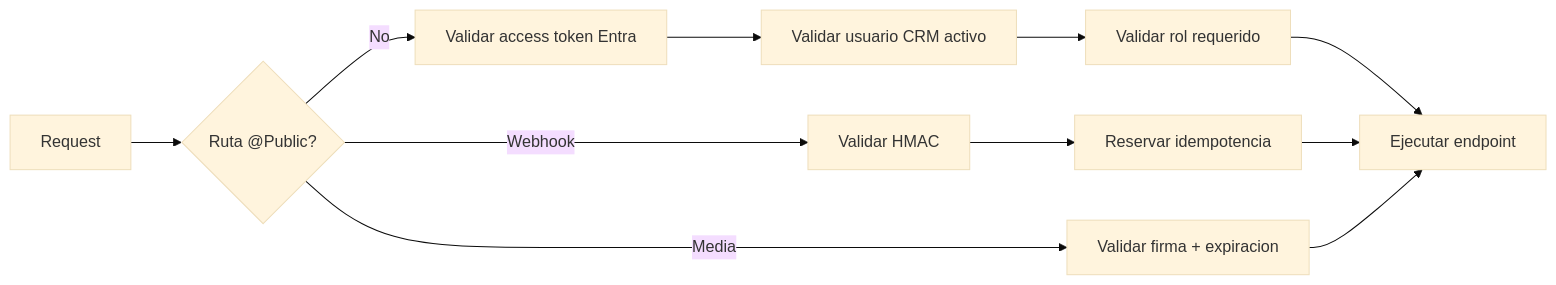
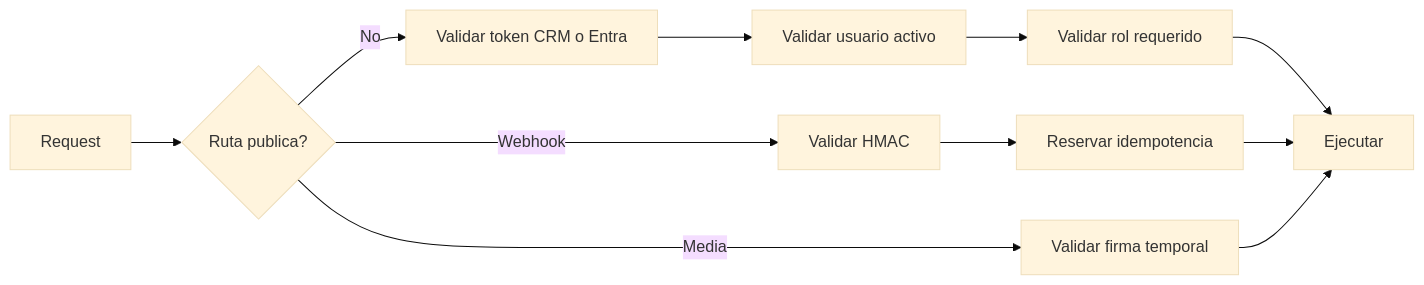
Before and after one commit to roccacr/CRM_VENTAS: the third of 9 diagrams in README.md, drawn with Mermaid (base theme). The commit also changed other lines of this file and 19 other files, not shown here.

````diff
--- a/README.md
+++ b/README.md
@@ -376,13 +219,13 @@
 ```mermaid
 flowchart LR
-  R["Request"] --> P{"Ruta @Public?"}
-  P -- "No" --> T["Validar access token Entra"]
-  T --> C["Validar usuario CRM activo"]
-  C --> RO["Validar rol requerido"]
-  RO --> OK["Ejecutar endpoint"]
+  R["Request"] --> P{"Ruta publica?"}
+  P -- "No" --> A["Validar token CRM o Entra"]
+  A --> U["Validar usuario activo"]
+  U --> ROLE["Validar rol requerido"]
+  ROLE --> OK["Ejecutar"]
   P -- "Webhook" --> H["Validar HMAC"]
   H --> I["Reservar idempotencia"]
   I --> OK
-  P -- "Media" --> S["Validar firma + expiracion"]
+  P -- "Media" --> S["Validar firma temporal"]
   S --> OK
 ```
````
